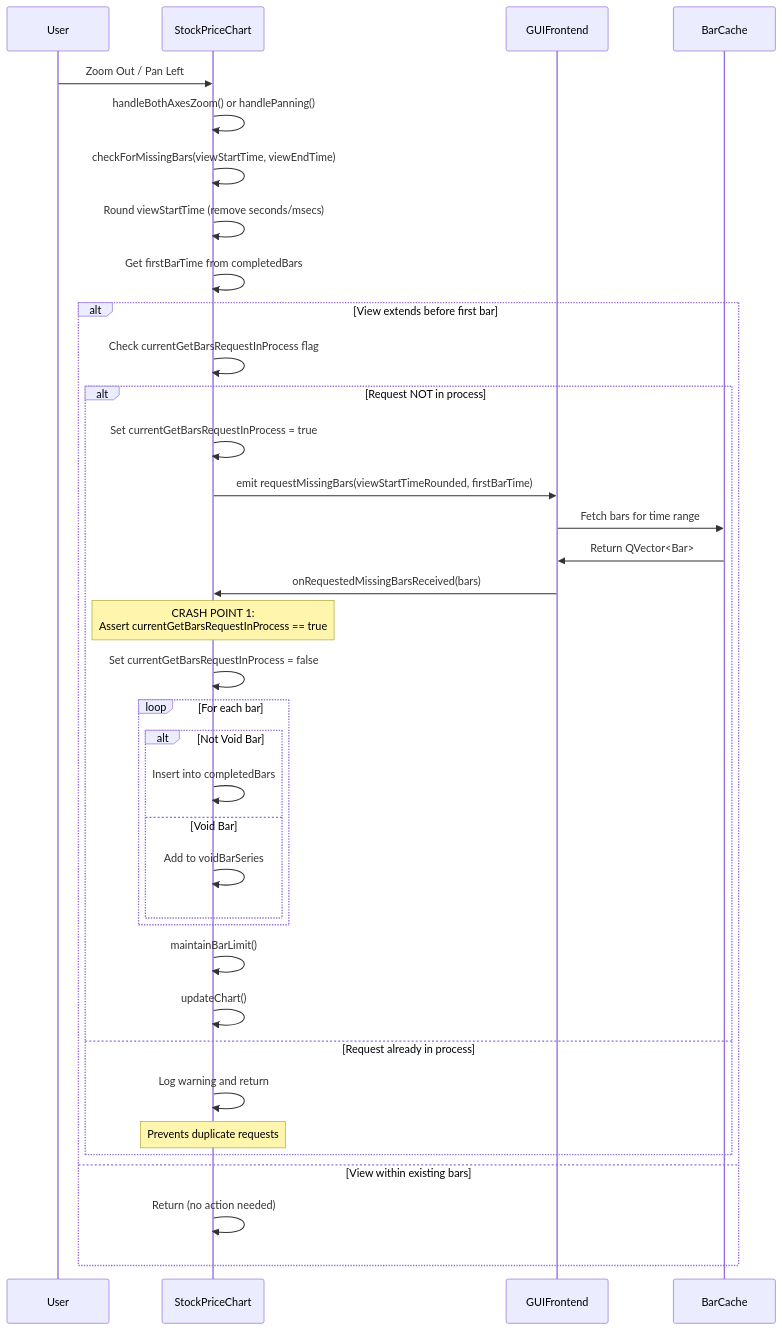
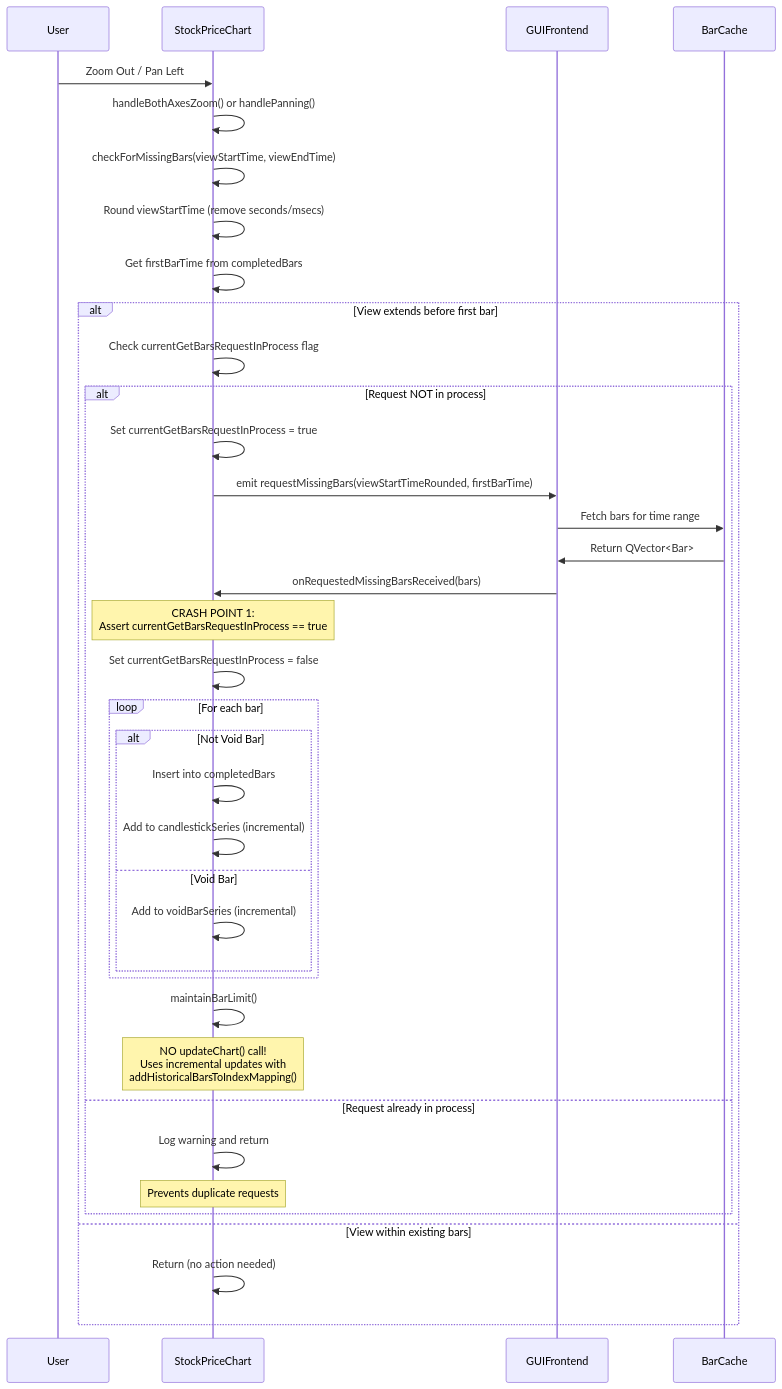
Before and after one commit to simonbeaudoin0935/OpenTraderPlatform: diagram 11 of 17 in Doc/StockPriceChart_Architecture.md, drawn with Mermaid. The commit also changed other lines of this file and 1 other file, not shown here.

Commit message:
Address code review feedback for bidirectional index system

````diff
--- a/Doc/StockPriceChart_Architecture.md
+++ b/Doc/StockPriceChart_Architecture.md
@@ -557,46 +578,47 @@
 ```mermaid
 sequenceDiagram
     participant User
     participant SPC as StockPriceChart
     participant GF as GUIFrontend
     participant Cache as BarCache
     
     User->>SPC: Zoom Out / Pan Left
     SPC->>SPC: handleBothAxesZoom() or handlePanning()
     SPC->>SPC: checkForMissingBars(viewStartTime, viewEndTime)
     
     SPC->>SPC: Round viewStartTime (remove seconds/msecs)
     SPC->>SPC: Get firstBarTime from completedBars
     
     alt View extends before first bar
         SPC->>SPC: Check currentGetBarsRequestInProcess flag
         
         alt Request NOT in process
             SPC->>SPC: Set currentGetBarsRequestInProcess = true
             SPC->>GF: emit requestMissingBars(viewStartTimeRounded, firstBarTime)
             GF->>Cache: Fetch bars for time range
             Cache->>GF: Return QVector<Bar>
             GF->>SPC: onRequestedMissingBarsReceived(bars)
             
             Note over SPC: CRASH POINT 1:<br/>Assert currentGetBarsRequestInProcess == true
             
             SPC->>SPC: Set currentGetBarsRequestInProcess = false
             
             loop For each bar
                 alt Not Void Bar
                     SPC->>SPC: Insert into completedBars
+                    SPC->>SPC: Add to candlestickSeries (incremental)
                 else Void Bar
-                    SPC->>SPC: Add to voidBarSeries
+                    SPC->>SPC: Add to voidBarSeries (incremental)
                 end
             end
             
             SPC->>SPC: maintainBarLimit()
-            SPC->>SPC: updateChart()
+            Note over SPC: NO updateChart() call!<br/>Uses incremental updates with<br/>addHistoricalBarsToIndexMapping()
         else Request already in process
             SPC->>SPC: Log warning and return
             Note over SPC: Prevents duplicate requests
         end
     else View within existing bars
         SPC->>SPC: Return (no action needed)
     end
 ```
````
